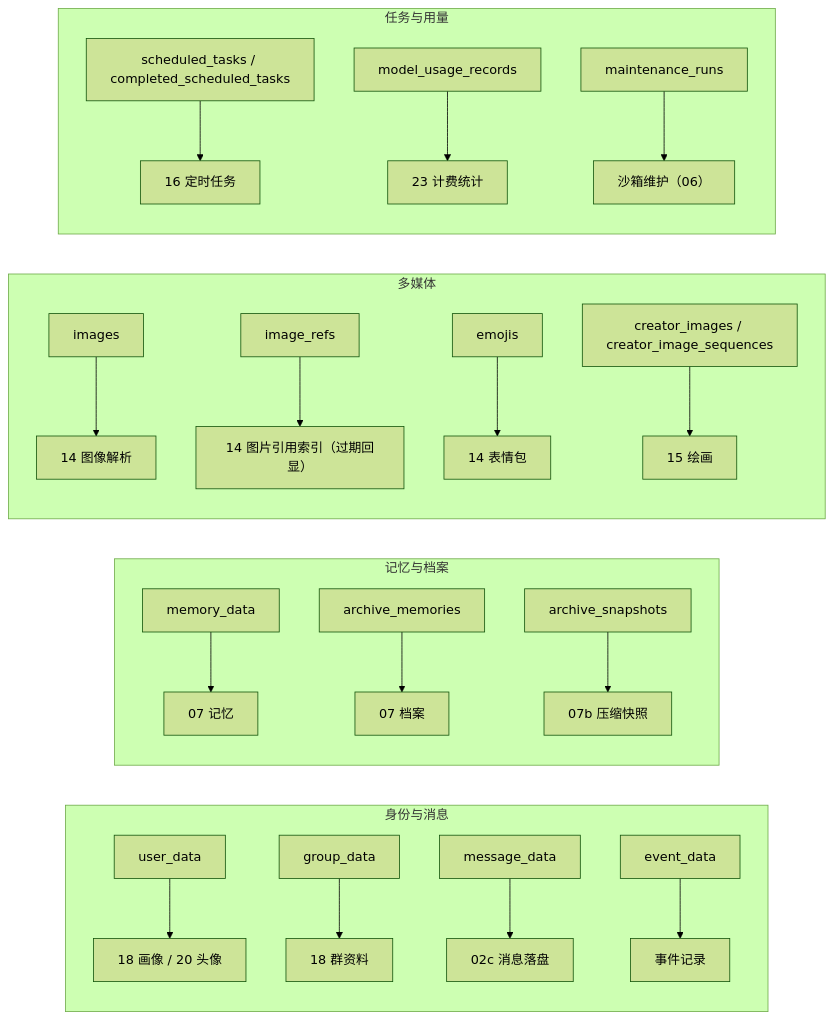
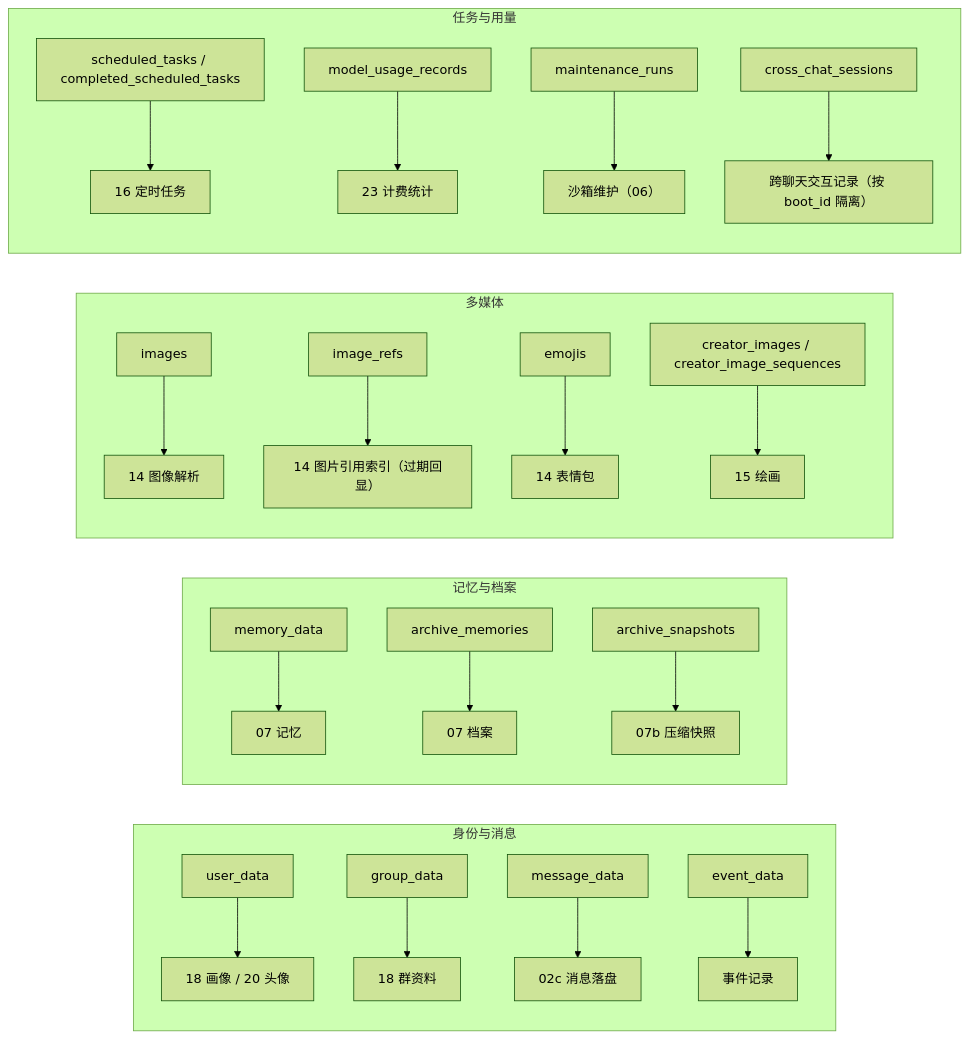
Before and after one commit to SuperQuail/NeoBot: the seventh of 9 diagrams in docs/flow/22-storage-migrations.md, drawn with Mermaid (forest theme). The commit also changed other lines of this file and 30 other files, not shown here.

First line of the commit message:
feat(cross_chat): 新增跨聊天 cot 提示并持久化交互会话 (#283)

````diff
--- a/docs/flow/22-storage-migrations.md
+++ b/docs/flow/22-storage-migrations.md
@@ -161,25 +161,26 @@
 ```mermaid
 flowchart LR
     subgraph 身份与消息
       T1["user_data"] --> W1["18 画像 / 20 头像"]
       T2["group_data"] --> W2["18 群资料"]
       T3["message_data"] --> W3["02c 消息落盘"]
       T4["event_data"] --> W4["事件记录"]
     end
     subgraph 记忆与档案
       T5["memory_data"] --> W5["07 记忆"]
       T6["archive_memories"] --> W6["07 档案"]
       T7["archive_snapshots"] --> W7["07b 压缩快照"]
     end
     subgraph 多媒体
       T8["images"] --> W8["14 图像解析"]
       T8b["image_refs"] --> W8b["14 图片引用索引（过期回显）"]
       T9["emojis"] --> W9["14 表情包"]
       T10["creator_images / creator_image_sequences"] --> W10["15 绘画"]
     end
     subgraph 任务与用量
       T11["scheduled_tasks / completed_scheduled_tasks"] --> W11["16 定时任务"]
       T12["model_usage_records"] --> W12["23 计费统计"]
       T13["maintenance_runs"] --> W13["沙箱维护（06）"]
+      T14["cross_chat_sessions"] --> W14["跨聊天交互记录（按 boot_id 隔离）"]
     end
 ```
````
